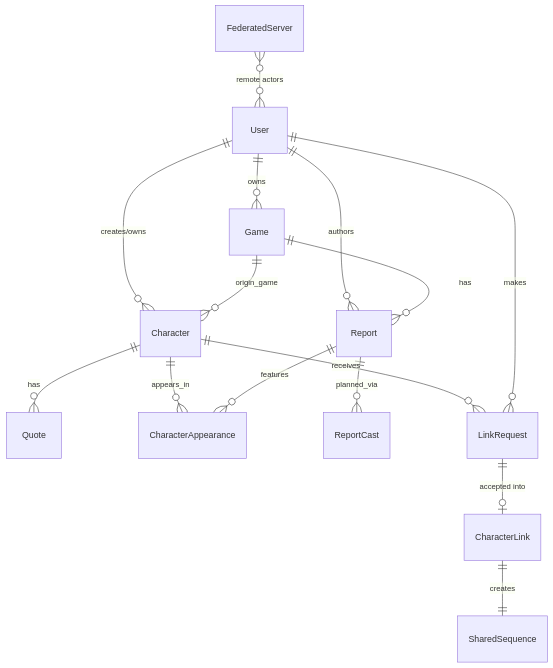
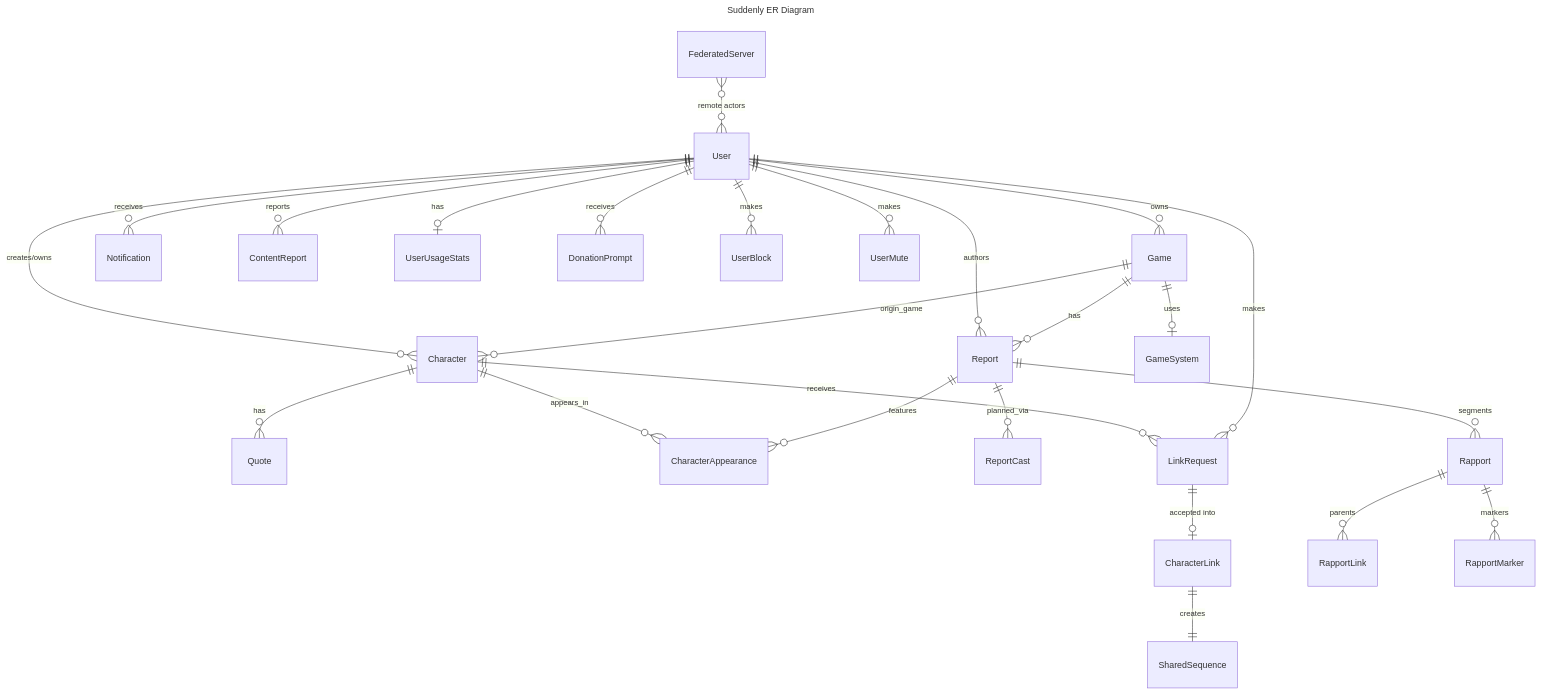
The second of 2 diagrams in aidd_docs/memory/internal/DATABASE.md (RebelliousSmile/suddenly), drawn with Mermaid before and after one commit. The commit also changed other lines of this file and 15 other files, not shown here.

First line of the commit message:
docs(memory): update memory bank with federation flows

````diff
--- a/aidd_docs/memory/internal/DATABASE.md
+++ b/aidd_docs/memory/internal/DATABASE.md
@@ -28,17 +31,30 @@
 ```mermaid
+---
+title: Suddenly ER Diagram
+---
 erDiagram
     User ||--o{ Game : owns
     User ||--o{ Report : authors
     User ||--o{ Character : "creates/owns"
     Game ||--o{ Report : has
     Game ||--o{ Character : "origin_game"
     Character ||--o{ Quote : has
     Character ||--o{ CharacterAppearance : appears_in
     Report ||--o{ CharacterAppearance : features
     Report ||--o{ ReportCast : planned_via
     Character ||--o{ LinkRequest : receives
     User ||--o{ LinkRequest : makes
     LinkRequest ||--o| CharacterLink : "accepted into"
     CharacterLink ||--|| SharedSequence : creates
     FederatedServer }o--o{ User : "remote actors"
+    User ||--o{ Notification : receives
+    User ||--o{ ContentReport : reports
+    User ||--o| UserUsageStats : has
+    User ||--o{ DonationPrompt : receives
+    User ||--o{ UserBlock : makes
+    User ||--o{ UserMute : makes
+    Game ||--o| GameSystem : uses
+    Report ||--o{ Rapport : segments
+    Rapport ||--o{ RapportLink : parents
+    Rapport ||--o{ RapportMarker : markers
 ```
````
